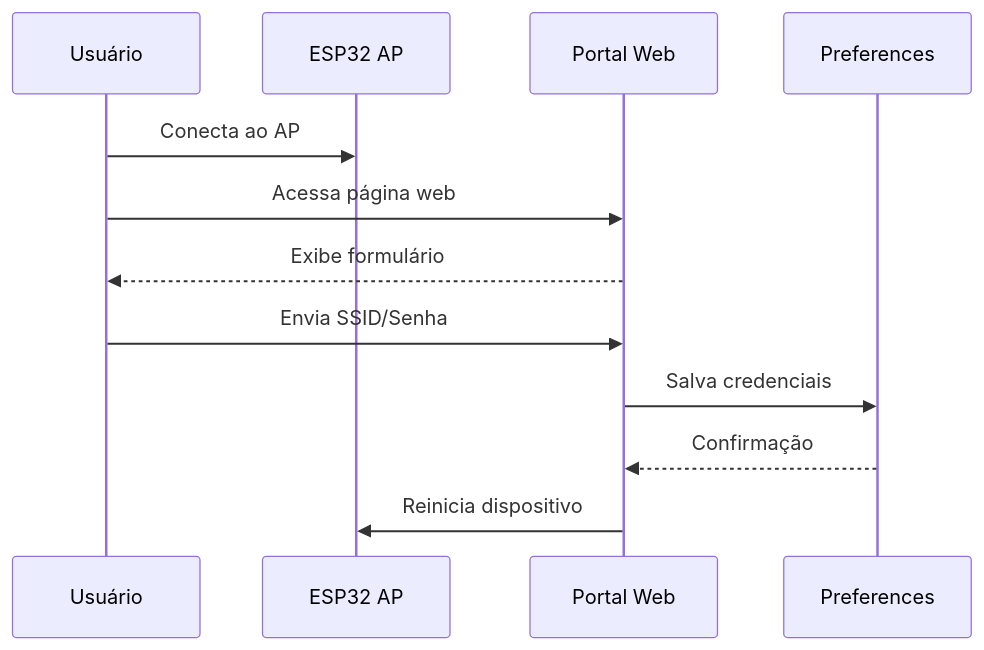
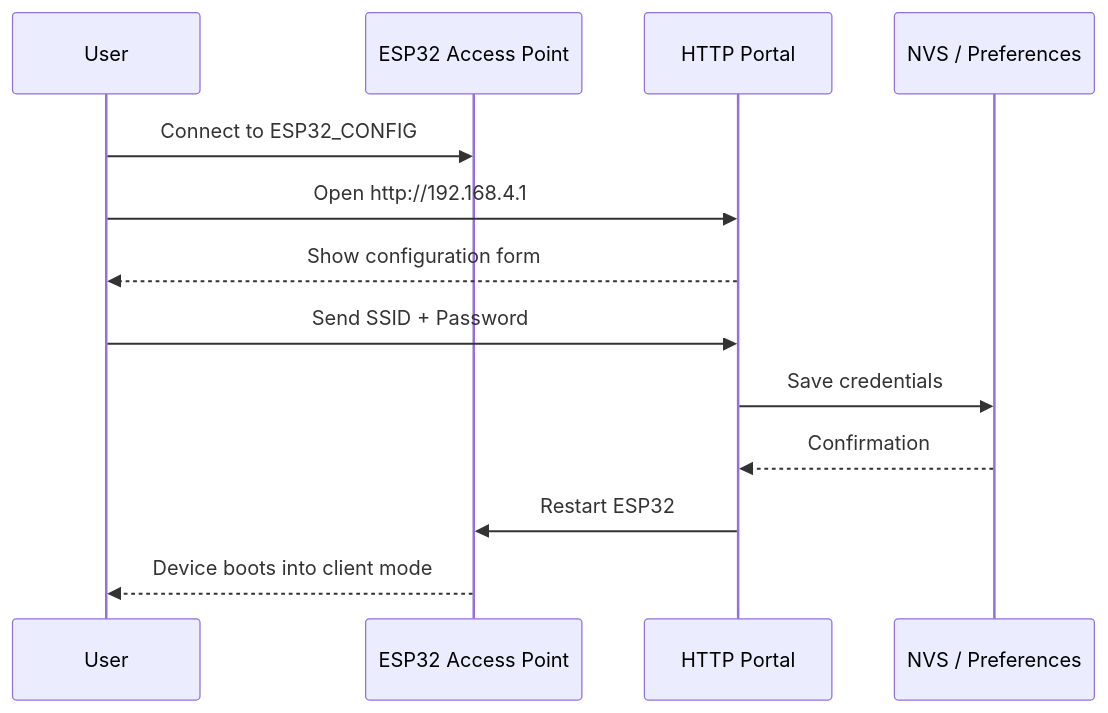
The fifth of 7 diagrams in README.md (paulocfmarques-collab/esp32_wifi), drawn with Mermaid before and after one commit. The commit also changed other lines of this file, not shown here.

Commit message:
Professional README refresh with architecture, hardware schematic, data flow, and command reference

````diff
--- a/README.md
+++ b/README.md
@@ -155,16 +211,16 @@
 ```mermaid
 sequenceDiagram
+    participant U as User
+    participant AP as ESP32 Access Point
+    participant WEB as HTTP Portal
+    participant NVS as NVS / Preferences
 
-participant U as Usuário
-participant AP as ESP32 AP
-participant WEB as Portal Web
-participant NVS as Preferences
-
-U->>AP: Conecta ao AP
-U->>WEB: Acessa página web
-WEB-->>U: Exibe formulário
-U->>WEB: Envia SSID/Senha
-WEB->>NVS: Salva credenciais
-NVS-->>WEB: Confirmação
-WEB->>AP: Reinicia dispositivo
+    U->>AP: Connect to ESP32_CONFIG
+    U->>WEB: Open http://192.168.4.1
+    WEB-->>U: Show configuration form
+    U->>WEB: Send SSID + Password
+    WEB->>NVS: Save credentials
+    NVS-->>WEB: Confirmation
+    WEB->>AP: Restart ESP32
+    AP-->>U: Device boots into client mode
 ```
````
